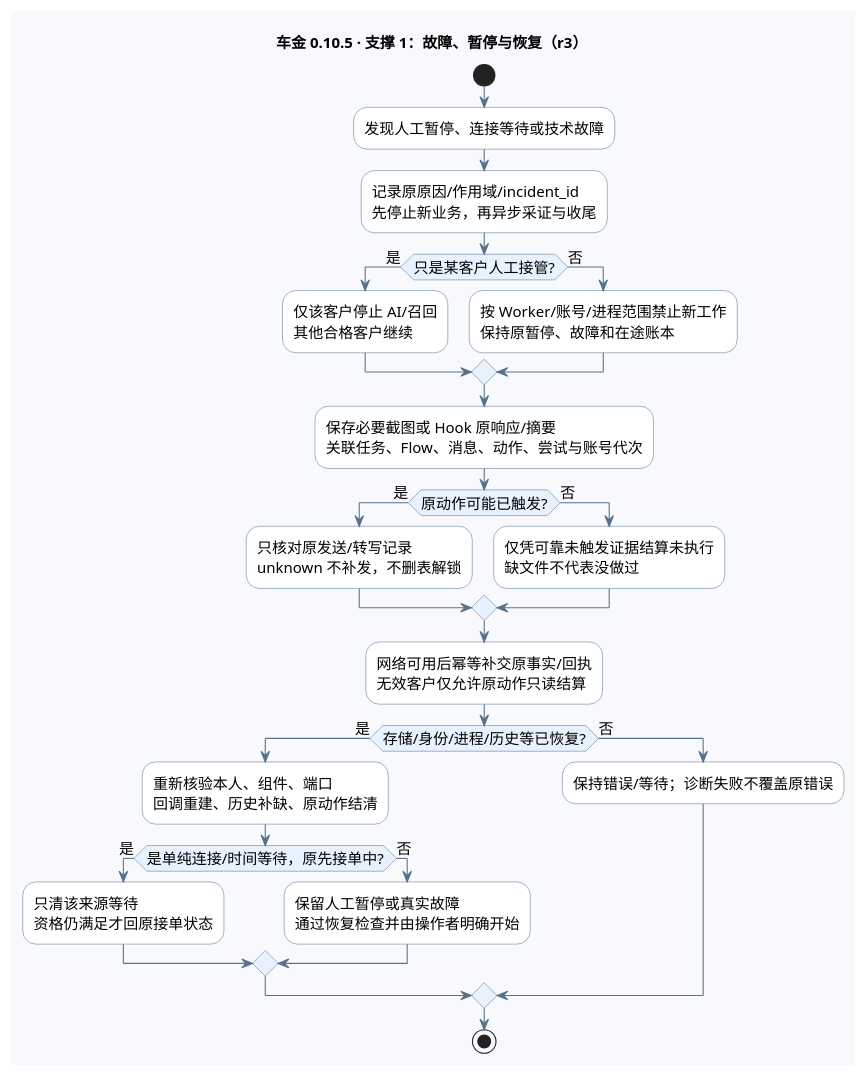
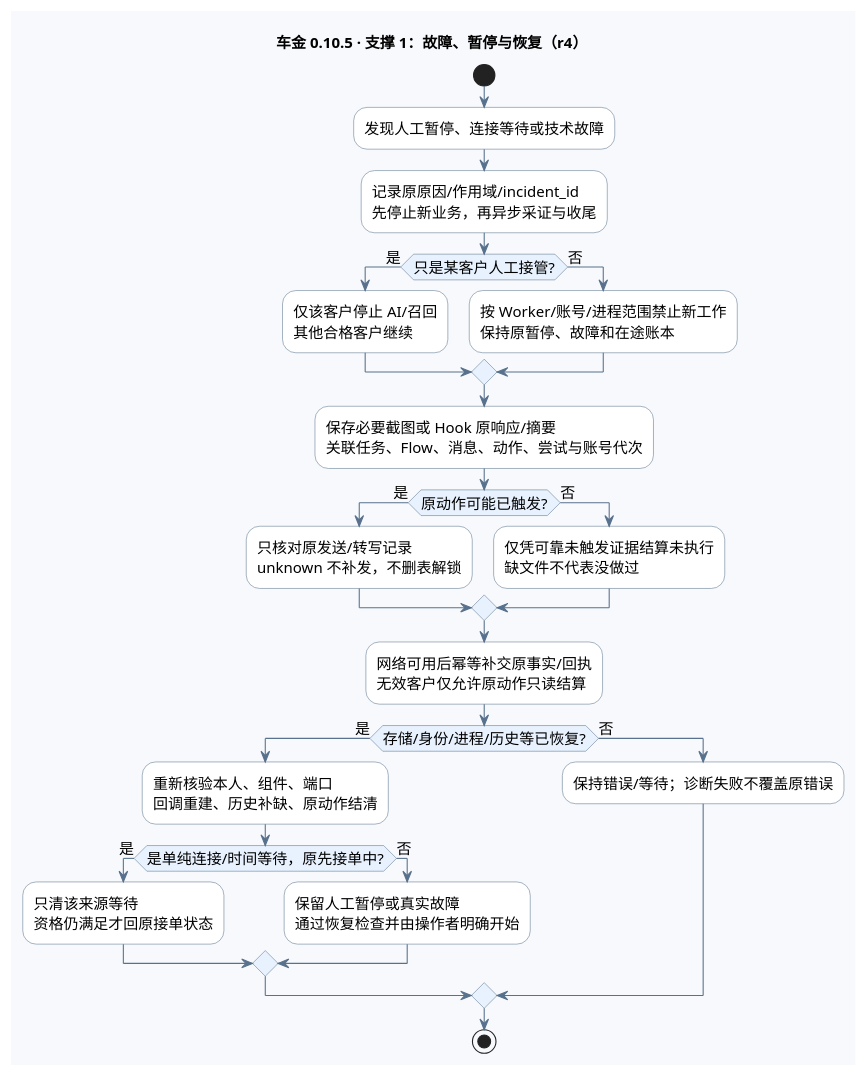
One commit to edwardzhang0304/chejin-ai-sales changed the second of 4 diagrams in deliverables/AI智能客服售前跟进系统_全流程图_v0.10.5.puml. Above: the diagram before and after it, drawn with PlantUML. The commit also changed other lines of this file and 8 other files, not shown here.

```diff
--- a/deliverables/AI智能客服售前跟进系统_全流程图_v0.10.5.puml
+++ b/deliverables/AI智能客服售前跟进系统_全流程图_v0.10.5.puml
@@ -183,51 +183,51 @@
 @startuml fault
 !pragma layout smetana
 skinparam defaultFontName "PingFang SC"
 skinparam defaultFontSize 14
 skinparam backgroundColor #F7F9FC
 skinparam shadowing false
 skinparam activityBackgroundColor #FFFFFF
 skinparam activityBorderColor #58718C
 skinparam activityDiamondBackgroundColor #E8F2FE
 skinparam activityDiamondBorderColor #58718C
 skinparam ArrowColor #58718C
 skinparam noteBackgroundColor #FFF4D9
 skinparam noteBorderColor #CDA556
-title 车金 0.10.5 · 支撑 1：故障、暂停与恢复（r3）
+title 车金 0.10.5 · 支撑 1：故障、暂停与恢复（r4）
 start
 :发现人工暂停、连接等待或技术故障;
 :记录原原因/作用域/incident_id
 先停止新业务，再异步采证与收尾;
 if (只是某客户人工接管?) then (是)
   :仅该客户停止 AI/召回
 其他合格客户继续;
 else (否)
   :按 Worker/账号/进程范围禁止新工作
 保持原暂停、故障和在途账本;
 endif
 :保存必要截图或 Hook 原响应/摘要
 关联任务、Flow、消息、动作、尝试与账号代次;
 if (原动作可能已触发?) then (是)
   :只核对原发送/转写记录
 unknown 不补发，不删表解锁;
 else (否)
   :仅凭可靠未触发证据结算未执行
 缺文件不代表没做过;
 endif
 :网络可用后幂等补交原事实/回执
 无效客户仅允许原动作只读结算;
 if (存储/身份/进程/历史等已恢复?) then (是)
   :重新核验本人、组件、端口
 回调重建、历史补缺、原动作结清;
   if (是单纯连接/时间等待，原先接单中?) then (是)
     :只清该来源等待
 资格仍满足才回原接单状态;
   else (否)
     :保留人工暂停或真实故障
 通过恢复检查并由操作者明确开始;
   endif
 else (否)
   :保持错误/等待；诊断失败不覆盖原错误;
 endif
 stop
 @enduml
```
